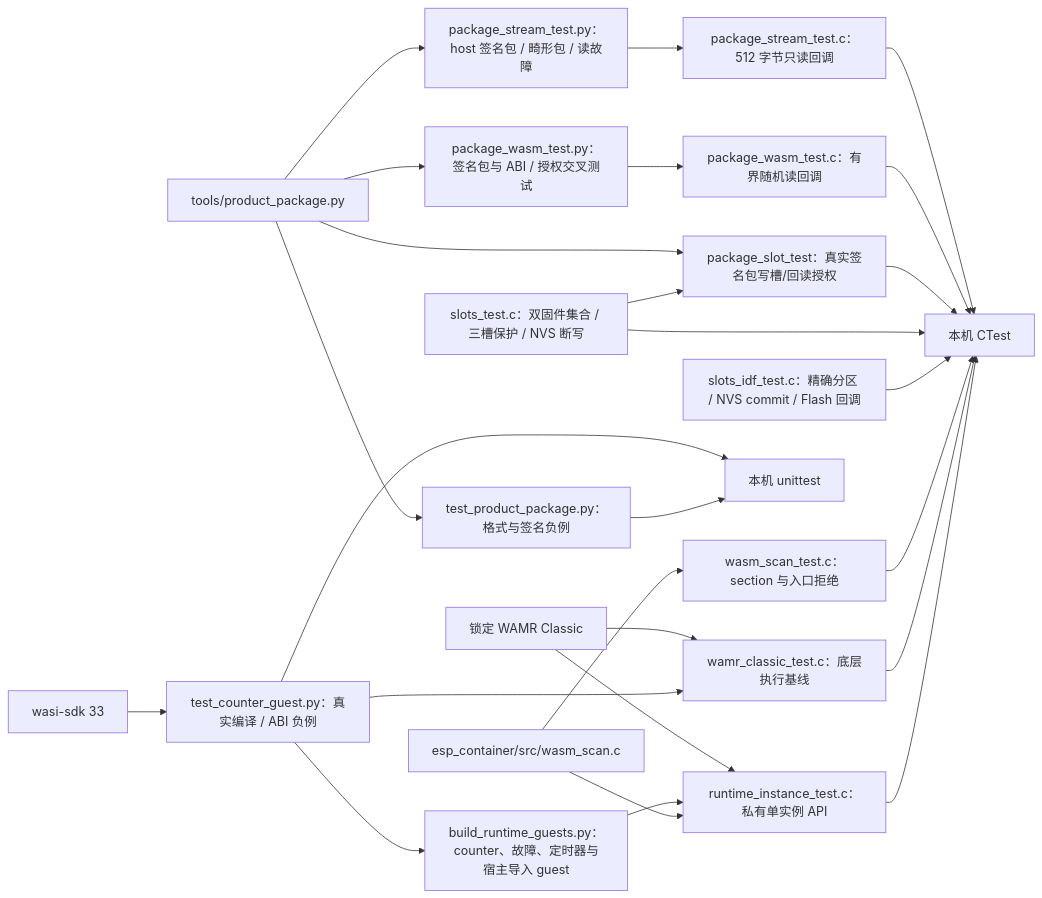
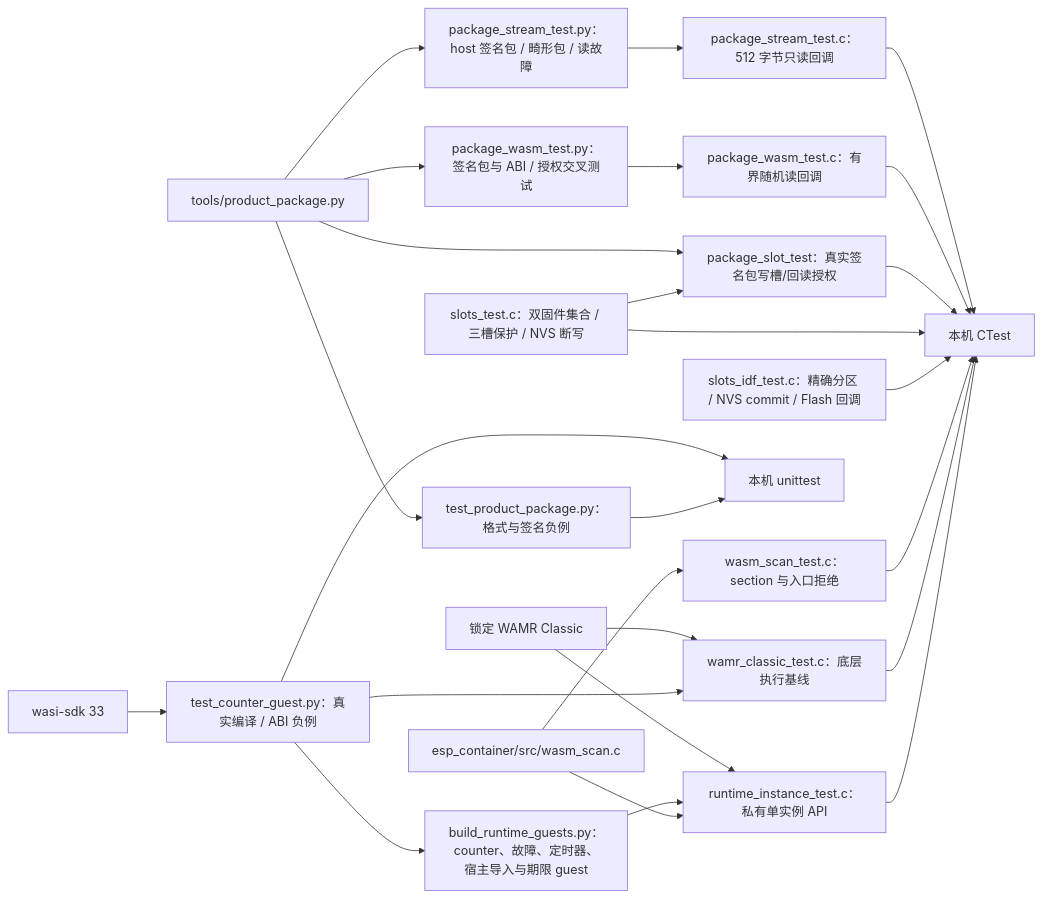
Before and after one commit to darren-you/esp-container: the diagram in tests/README.md, drawn with Mermaid. The commit also changed other lines of this file and 10 other files, not shown here.

````diff
--- a/tests/README.md
+++ b/tests/README.md
@@ -5,28 +5,28 @@
 ```mermaid
 flowchart LR
     package["tools/product_package.py"] --> py["test_product_package.py：格式与签名负例"]
     package --> stream["package_stream_test.py：host 签名包 / 畸形包 / 读故障"]
     stream --> reader["package_stream_test.c：512 字节只读回调"]
     package --> static["package_wasm_test.py：签名包与 ABI / 授权交叉测试"]
     static --> static_reader["package_wasm_test.c：有界随机读回调"]
     reader --> ctest
     static_reader --> ctest
     package --> slot_admission["package_slot_test：真实签名包写槽/回读授权"]
     slots --> slot_admission
     slot_admission --> ctest
     slots["slots_test.c：双固件集合 / 三槽保护 / NVS 断写"] --> ctest
     idf_slots["slots_idf_test.c：精确分区 / NVS commit / Flash 回调"] --> ctest
     scanner["esp_container/src/wasm_scan.c"] --> c["wasm_scan_test.c：section 与入口拒绝"]
     wasi["wasi-sdk 33"] --> guest["test_counter_guest.py：真实编译 / ABI 负例"]
     guest --> host
     wamr["锁定 WAMR Classic"] --> baseline["wamr_classic_test.c：底层执行基线"]
     guest --> baseline
-    guest --> fixtures["build_runtime_guests.py：counter、故障、定时器与宿主导入 guest"]
+    guest --> fixtures["build_runtime_guests.py：counter、故障、定时器、宿主导入与期限 guest"]
     wamr --> instance["runtime_instance_test.c：私有单实例 API"]
     fixtures --> instance
     scanner --> instance
     py --> host["本机 unittest"]
     c --> ctest["本机 CTest"]
     baseline --> ctest
     instance --> ctest
 ```
````
